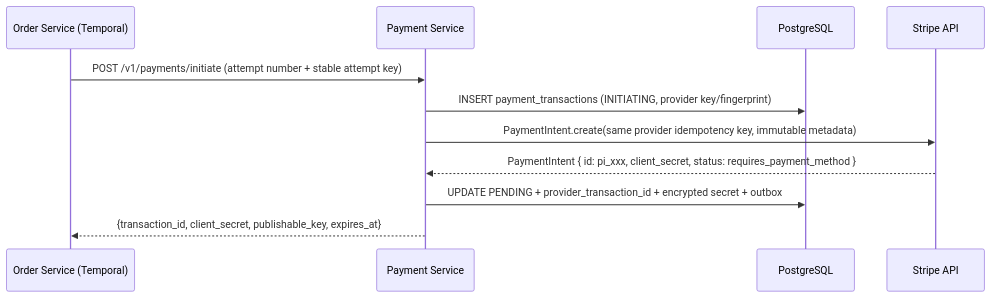
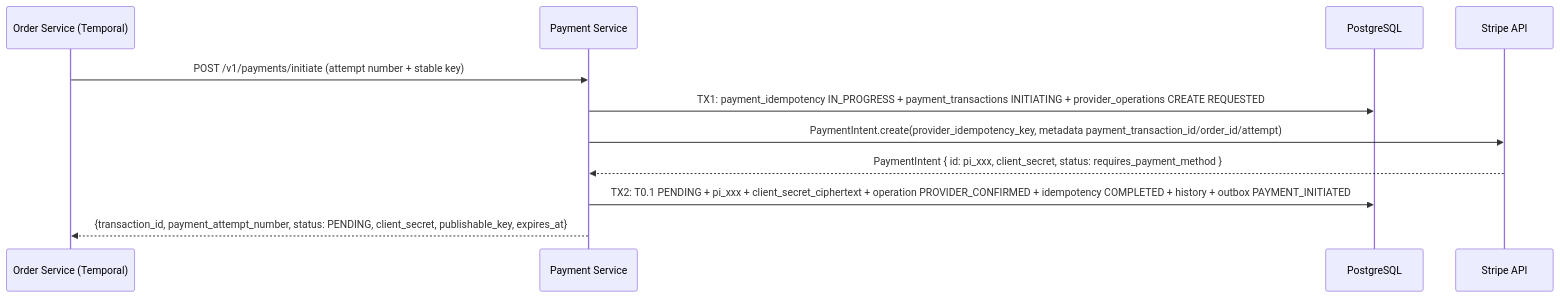
Before and after one commit to quangdung2110/e-commerce-microservices: the first of 3 diagrams in docs/payment/workflows.md, drawn with Mermaid. The commit also changed other lines of this file and 1 other file, not shown here.

First line of the commit message:
docs(payment): rework domain FSM and workflows for ADR-012/013/014

````diff
--- a/docs/payment/workflows.md
+++ b/docs/payment/workflows.md
@@ -41,14 +44,14 @@
 ```mermaid
 sequenceDiagram
     participant OS as Order Service (Temporal)
     participant PS as Payment Service
     participant DB as PostgreSQL
     participant ST as Stripe API
 
-    OS->>PS: POST /v1/payments/initiate (attempt number + stable attempt key)
-    PS->>DB: INSERT payment_transactions (INITIATING, provider key/fingerprint)
-    PS->>ST: PaymentIntent.create(same provider idempotency key, immutable metadata)
+    OS->>PS: POST /v1/payments/initiate (attempt number + stable key)
+    PS->>DB: TX1: payment_idempotency IN_PROGRESS + payment_transactions INITIATING + provider_operations CREATE REQUESTED
+    PS->>ST: PaymentIntent.create(provider_idempotency_key, metadata payment_transaction_id/order_id/attempt)
     ST-->>PS: PaymentIntent { id: pi_xxx, client_secret, status: requires_payment_method }
-    PS->>DB: UPDATE PENDING + provider_transaction_id + encrypted secret + outbox
-    PS-->>OS: {transaction_id, client_secret, publishable_key, expires_at}
+    PS->>DB: TX2: T0.1 PENDING + pi_xxx + client_secret_ciphertext + operation PROVIDER_CONFIRMED + idempotency COMPLETED + history + outbox PAYMENT_INITIATED
+    PS-->>OS: {transaction_id, payment_attempt_number, status: PENDING, client_secret, publishable_key, expires_at}
 ```
````
